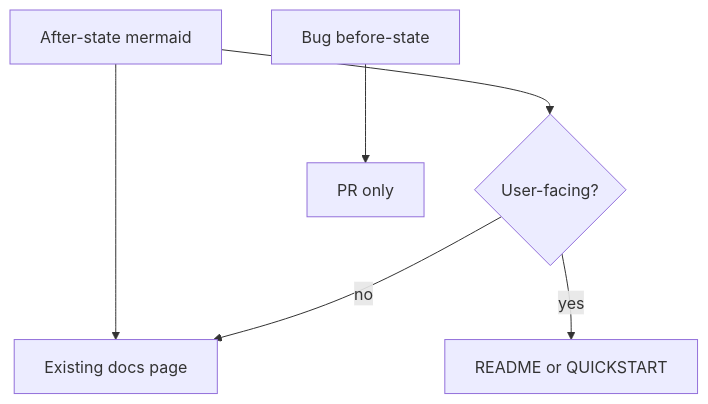
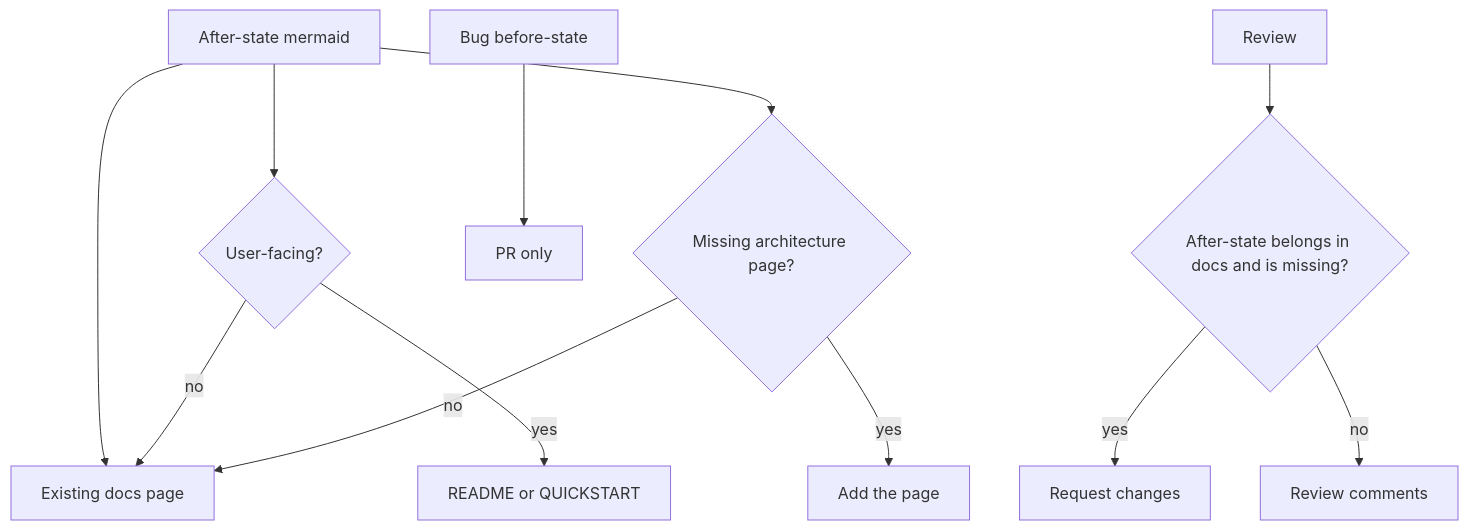
The diagram in AGENTS.md (Kripu77/software-factory), drawn with Mermaid before and after one commit. The commit also changed other lines of this file and 12 other files, not shown here.

Commit message:
Put persist-into-docs and the missing-page exception in HARD and tests.

````diff
--- a/AGENTS.md
+++ b/AGENTS.md
@@ -37,8 +37,14 @@
 ```mermaid
 flowchart TD
   after[After-state mermaid] --> page[Existing docs page]
   after --> face{User-facing?}
   face -->|yes| readme[README or QUICKSTART]
   face -->|no| page
+  after --> arch{Missing architecture page?}
+  arch -->|yes| addPage[Add the page]
+  arch -->|no| page
   before[Bug before-state] --> pr[PR only]
+  review[Review] --> gap{After-state belongs in docs and is missing?}
+  gap -->|yes| changes[Request changes]
+  gap -->|no| comments[Review comments]
 ```
````
